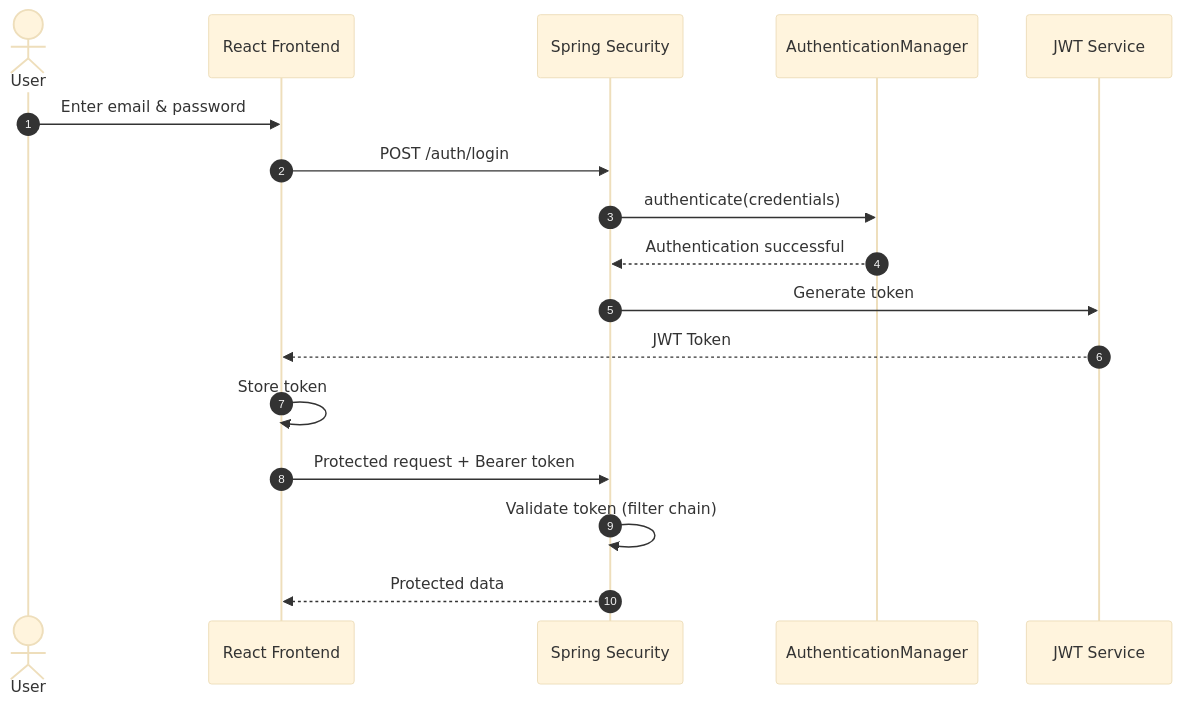
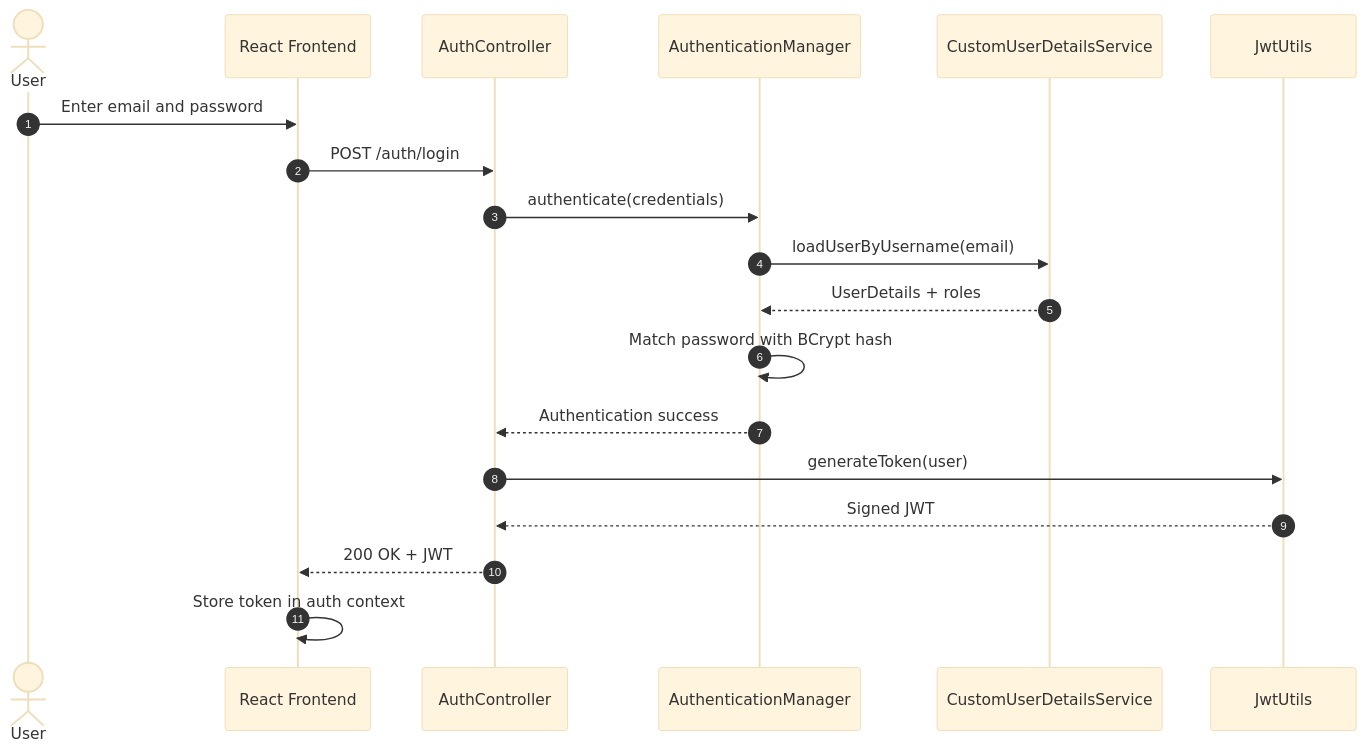
The second of 9 diagrams in README.md (Sahil2u47/smart_parking_system_frontend), drawn with Mermaid (base theme) before and after one commit. The commit also changed other lines of this file, not shown here.

````diff
--- a/README.md
+++ b/README.md
@@ -140,20 +216,22 @@
 ```mermaid
 sequenceDiagram
     autonumber
     actor U as User
     participant F as React Frontend
-    participant S as Spring Security
-    participant A as AuthenticationManager
-    participant J as JWT Service
+    participant AC as AuthController
+    participant AM as AuthenticationManager
+    participant US as CustomUserDetailsService
+    participant JU as JwtUtils
 
-    U->>F: Enter email & password
-    F->>S: POST /auth/login
-    S->>A: authenticate(credentials)
-    A-->>S: Authentication successful
-    S->>J: Generate token
-    J-->>F: JWT Token
-    F->>F: Store token
-    F->>S: Protected request + Bearer token
-    S->>S: Validate token (filter chain)
-    S-->>F: Protected data
+    U->>F: Enter email and password
+    F->>AC: POST /auth/login
+    AC->>AM: authenticate(credentials)
+    AM->>US: loadUserByUsername(email)
+    US-->>AM: UserDetails + roles
+    AM->>AM: Match password with BCrypt hash
+    AM-->>AC: Authentication success
+    AC->>JU: generateToken(user)
+    JU-->>AC: Signed JWT
+    AC-->>F: 200 OK + JWT
+    F->>F: Store token in auth context
 ```
````
